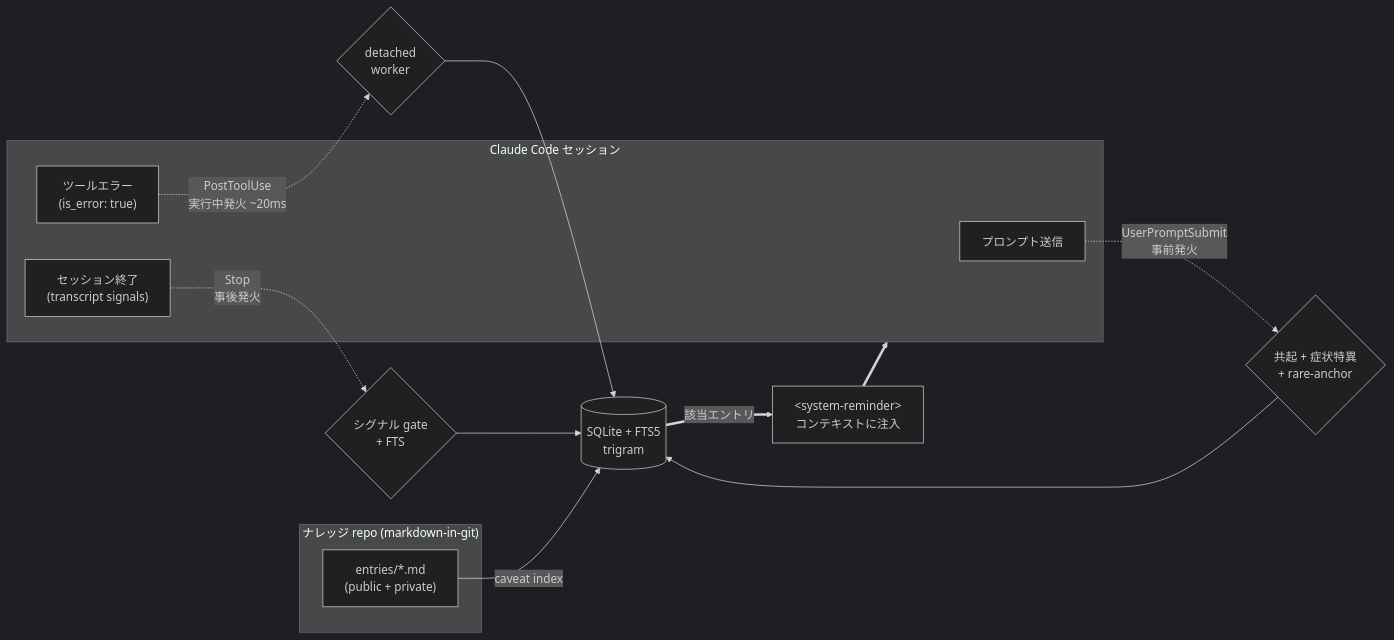
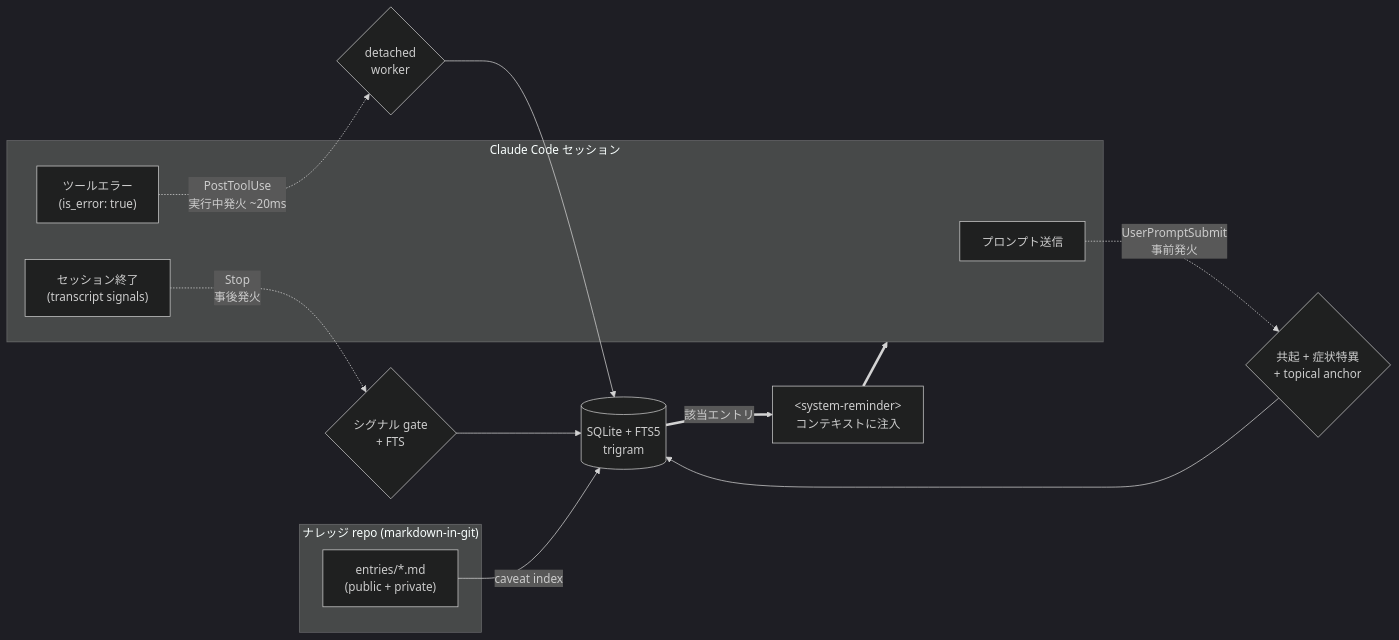
Before and after one commit to kitepon-rgb/Caveat: the diagram in README.ja.md, drawn with Mermaid (dark theme). The commit also changed other lines of this file and 2 other files, not shown here.

````diff
--- a/README.ja.md
+++ b/README.ja.md
@@ -70,25 +70,25 @@
 ```mermaid
 flowchart LR
     subgraph KB["ナレッジ repo (markdown-in-git)"]
         MD["entries/*.md<br/>(public + private)"]
     end
 
     MD -->|caveat index| FTS[("SQLite + FTS5<br/>trigram")]
 
     subgraph CC["Claude Code セッション"]
         P["プロンプト送信"]
         T["ツールエラー<br/>(is_error: true)"]
         S["セッション終了<br/>(transcript signals)"]
     end
 
-    P -.->|"UserPromptSubmit<br/>事前発火"| H1{"共起 + 症状特異<br/>+ rare-anchor"}
+    P -.->|"UserPromptSubmit<br/>事前発火"| H1{"共起 + 症状特異<br/>+ topical anchor"}
     T -.->|"PostToolUse<br/>実行中発火 ~20ms"| H2{"detached<br/>worker"}
     S -.->|"Stop<br/>事後発火"| H3{"シグナル gate<br/>+ FTS"}
 
     H1 --> FTS
     H2 --> FTS
     H3 --> FTS
 
     FTS ==>|該当エントリ| R["&lt;system-reminder&gt;<br/>コンテキストに注入"]
     R ==> CC
 ```
````
